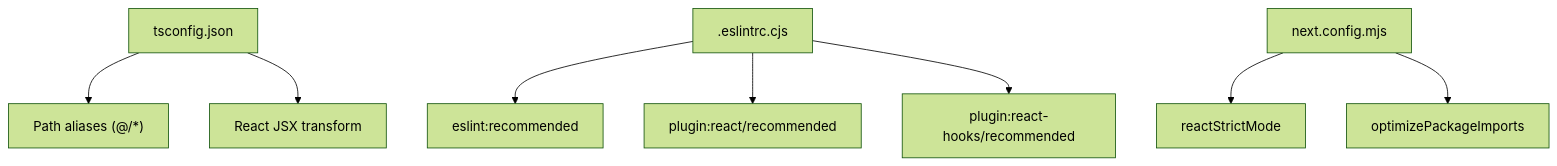
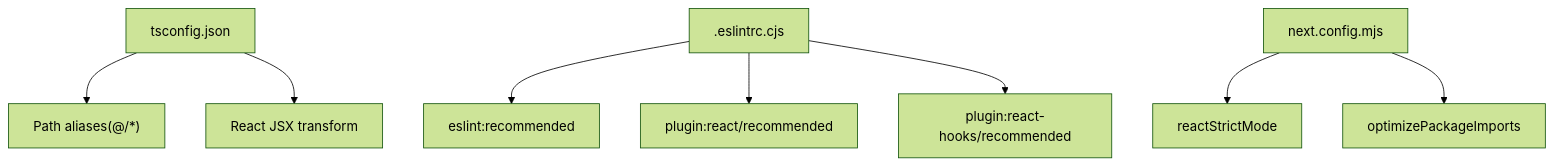
Before and after one commit to rohitkumarnaidu/ScholarFormAI: the tenth of 11 diagrams in docs/docs/knowledge/Frontend Development/Next.js Application Structure.md, drawn with Mermaid (forest theme). The commit also changed 73 other files, not shown here.

First line of the commit message:
docs: enterprise-level markdown upgrade with Mermaid diagrams

````diff
--- a/docs/docs/knowledge/Frontend Development/Next.js Application Structure.md
+++ b/docs/docs/knowledge/Frontend Development/Next.js Application Structure.md
@@ -334,11 +334,11 @@
 ```mermaid
 graph TB
-TS["tsconfig.json"] --> Aliases["Path aliases (@/*)"]
+TS["tsconfig.json"] --> Aliases["Path aliases(@/*)"]
 TS --> JSX["React JSX transform"]
 ESLINT[".eslintrc.cjs"] --> Base["eslint:recommended"]
 ESLINT --> React["plugin:react/recommended"]
 ESLINT --> Hooks["plugin:react-hooks/recommended"]
 NEXT["next.config.mjs"] --> Strict["reactStrictMode"]
 NEXT --> Optimize["optimizePackageImports"]
 
 ```
````
